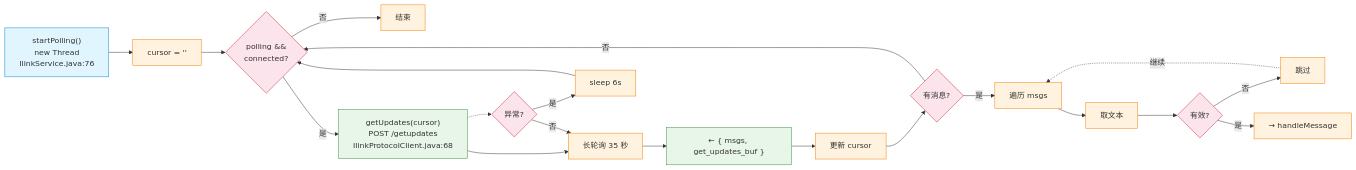
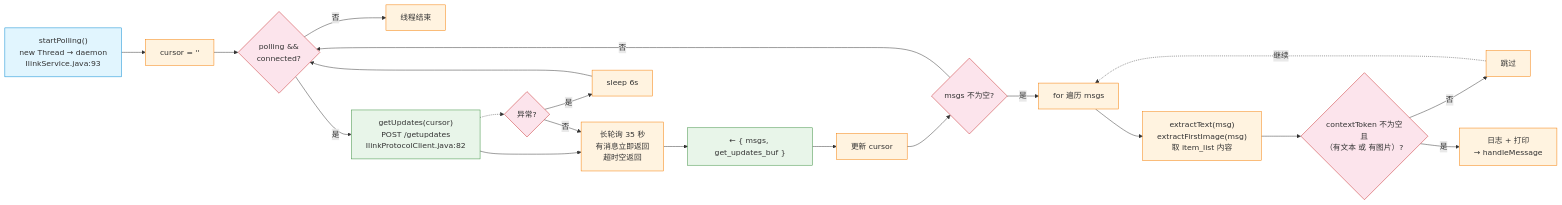
The third of 11 diagrams in ilink-flowchart.md (lys-123-qwe/Agent), drawn with Mermaid before and after one commit. The commit also changed other lines of this file and 3 other files, not shown here.

Commit message:
欢迎信息及流程图完善

````diff
--- a/ilink-flowchart.md
+++ b/ilink-flowchart.md
@@ -62,30 +63,30 @@
 ```mermaid
 flowchart LR
-    PS["startPolling()<br>new Thread<br>IlinkService.java:76"]:::entry
+    PS["startPolling()<br>new Thread → daemon<br>IlinkService.java:93"]:::entry
     PI["cursor = ''"]:::process
     PS --> PI
     PL{"polling &&<br>connected?"}:::decision
     PI --> PL
-    PL --> |"否"| PE["结束"]:::process
-    PL --> |"是"| GET["getUpdates(cursor)<br>POST /getupdates<br>IlinkProtocolClient.java:68"]:::api
-    GET --> LP["长轮询 35 秒"]:::process
+    PL --> |"否"| PE["线程结束"]:::process
+    PL --> |"是"| GET["getUpdates(cursor)<br>POST /getupdates<br>IlinkProtocolClient.java:82"]:::api
+    GET --> LP["长轮询 35 秒<br>有消息立即返回<br>超时空返回"]:::process
     LP --> RESP["← { msgs, get_updates_buf }"]:::api
     RESP --> CU["更新 cursor"]:::process
-    CU --> HM{"有消息?"}:::decision
+    CU --> HM{"msgs 不为空?"}:::decision
     HM --> |"否"| PL
-    HM --> |"是"| FOR["遍历 msgs"]:::process
-    FOR --> EXT["取文本"]:::process
-    EXT --> VAL{"有效?"}:::decision
+    HM --> |"是"| FOR["for 遍历 msgs"]:::process
+    FOR --> EXT["extractText(msg)<br>extractFirstImage(msg)<br>取 item_list 内容"]:::process
+    EXT --> VAL{"contextToken 不为空<br>且<br>（有文本 或 有图片）?"}:::decision
     VAL --> |"否"| SK["跳过"]:::process
     SK -.->|"继续"| FOR
-    VAL --> |"是"| LOG["→ handleMessage"]:::process
+    VAL --> |"是"| LOG["日志 + 打印<br>→ handleMessage"]:::process
     GET -.-> ERR{"异常?"}:::decision
     ERR --> |"是"| EL["sleep 6s"]:::process
     EL --> PL
     ERR --> |"否"| LP
 
     classDef entry fill:#e1f5fe,stroke:#0288d1;
     classDef process fill:#fff3e0,stroke:#f57c00;
     classDef api fill:#e8f5e9,stroke:#388e3c;
     classDef decision fill:#fce4ec,stroke:#c62828;
 ```
````
